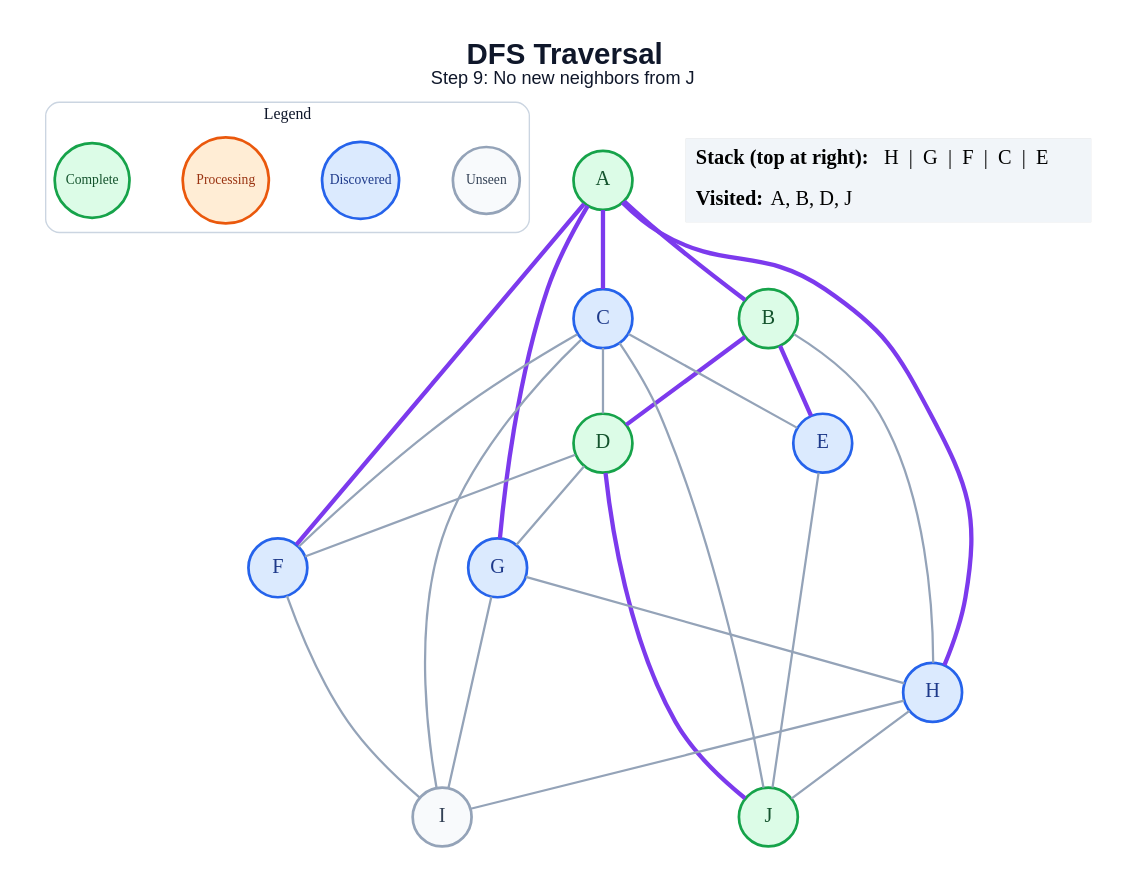
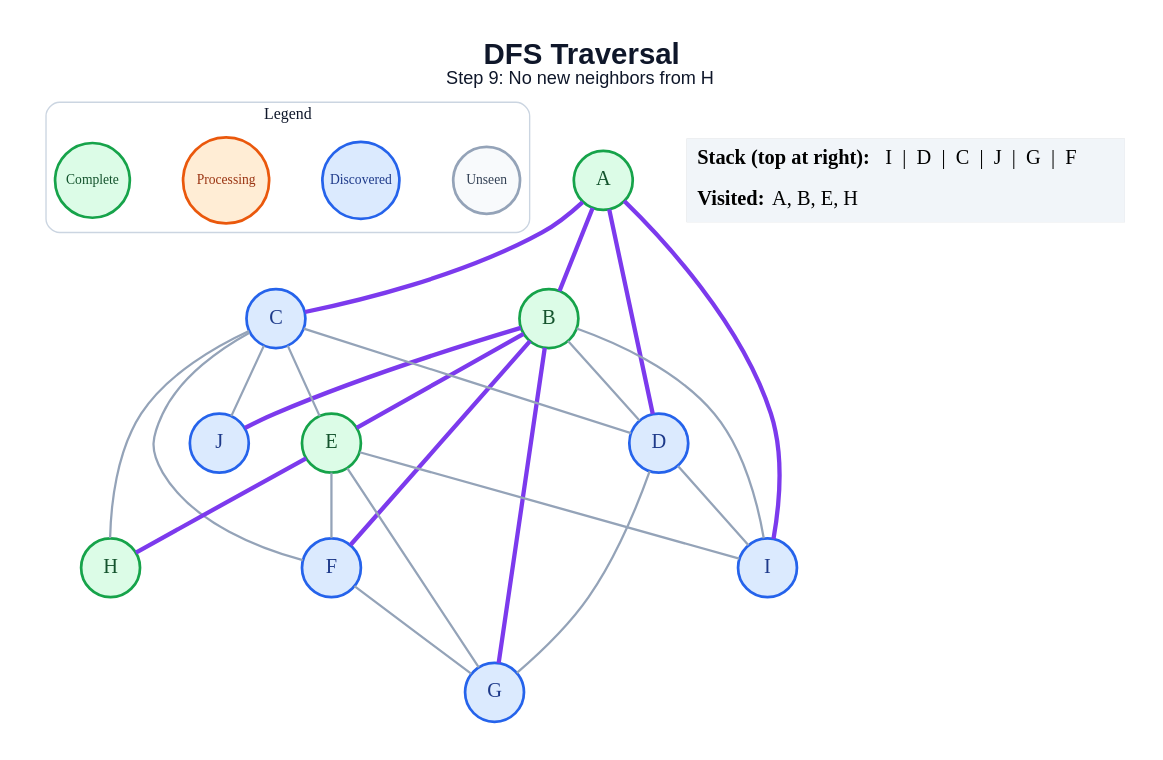
Before and after one commit to amanghodawala9/ai-slop: the diagram in generated/dfs/step_09.dot, drawn with Graphviz. The commit also changed 178 other files, not shown here.

```diff
--- a/generated/dfs/step_09.dot
+++ b/generated/dfs/step_09.dot
@@ -1,51 +1,51 @@
 graph traversal {
   graph [layout=dot, rankdir=TB, bgcolor="#FFFFFF", pad="0.35", nodesep="0.65", ranksep="0.8", fontname="Arial"];
   node [shape=circle, style="filled", fontname="Arial Bold", fontsize=18, width=0.72, fixedsize=true, penwidth=2.4];
   edge [color="#94A3B8", penwidth=2.0];
-  label=<<B>DFS Traversal</B><BR/><FONT POINT-SIZE="16">Step 9: No new neighbors from J</FONT>>; labelloc="t"; fontsize=26; fontname="Arial"; fontcolor="#0F172A";
+  label=<<B>DFS Traversal</B><BR/><FONT POINT-SIZE="16">Step 9: No new neighbors from H</FONT>>; labelloc="t"; fontsize=26; fontname="Arial"; fontcolor="#0F172A";
   subgraph cluster_legend { label="Legend"; color="#CBD5E1"; penwidth=1.2; style="rounded"; fontsize=14; fontname="Arial Bold";
     key_unseen [label="Unseen", fillcolor="#F8FAFC", color="#94A3B8", fontcolor="#334155", fontsize=12, width=0.82];
     key_frontier [label="Discovered", fillcolor="#DBEAFE", color="#2563EB", fontcolor="#1E3A8A", fontsize=12, width=0.95];
     key_current [label="Processing", fillcolor="#FFEDD5", color="#EA580C", fontcolor="#9A3412", fontsize=12, width=1.05];
     key_done [label="Complete", fillcolor="#DCFCE7", color="#16A34A", fontcolor="#14532D", fontsize=12, width=0.92];
     { rank=same; key_unseen; key_frontier; key_current; key_done; }
   }
   A [fillcolor="#DCFCE7", color="#16A34A", fontcolor="#14532D"];
   B [fillcolor="#DCFCE7", color="#16A34A", fontcolor="#14532D"];
   C [fillcolor="#DBEAFE", color="#2563EB", fontcolor="#1E3A8A"];
-  D [fillcolor="#DCFCE7", color="#16A34A", fontcolor="#14532D"];
-  E [fillcolor="#DBEAFE", color="#2563EB", fontcolor="#1E3A8A"];
+  D [fillcolor="#DBEAFE", color="#2563EB", fontcolor="#1E3A8A"];
+  E [fillcolor="#DCFCE7", color="#16A34A", fontcolor="#14532D"];
   F [fillcolor="#DBEAFE", color="#2563EB", fontcolor="#1E3A8A"];
   G [fillcolor="#DBEAFE", color="#2563EB", fontcolor="#1E3A8A"];
-  H [fillcolor="#DBEAFE", color="#2563EB", fontcolor="#1E3A8A"];
-  I [fillcolor="#F8FAFC", color="#94A3B8", fontcolor="#334155"];
-  J [fillcolor="#DCFCE7", color="#16A34A", fontcolor="#14532D"];
+  H [fillcolor="#DCFCE7", color="#16A34A", fontcolor="#14532D"];
+  I [fillcolor="#DBEAFE", color="#2563EB", fontcolor="#1E3A8A"];
+  J [fillcolor="#DBEAFE", color="#2563EB", fontcolor="#1E3A8A"];
   A -- B [color="#7C3AED", penwidth=3.8];
   A -- C [color="#7C3AED", penwidth=3.8];
-  A -- F [color="#7C3AED", penwidth=3.8];
-  A -- G [color="#7C3AED", penwidth=3.8];
-  A -- H [color="#7C3AED", penwidth=3.8];
-  B -- D [color="#7C3AED", penwidth=3.8];
+  A -- D [color="#7C3AED", penwidth=3.8];
+  A -- I [color="#7C3AED", penwidth=3.8];
+  B -- D;
   B -- E [color="#7C3AED", penwidth=3.8];
-  B -- H;
+  B -- F [color="#7C3AED", penwidth=3.8];
+  B -- G [color="#7C3AED", penwidth=3.8];
+  B -- I;
+  B -- J [color="#7C3AED", penwidth=3.8];
   C -- D;
   C -- E;
   C -- F;
-  C -- I;
+  C -- H;
   C -- J;
-  D -- F;
   D -- G;
-  D -- J [color="#7C3AED", penwidth=3.8];
-  E -- J;
-  F -- I;
-  G -- H;
-  G -- I;
-  H -- I;
-  H -- J;
+  D -- I;
+  E -- F;
+  E -- G;
+  E -- H [color="#7C3AED", penwidth=3.8];
+  E -- I;
+  F -- G;
   status [shape=plain, fixedsize=false, width=0, height=0, margin=0, label=<
     <TABLE BORDER="0" CELLBORDER="0" CELLPADDING="7" BGCOLOR="#F1F5F9">
-      <TR><TD ALIGN="LEFT"><B>Stack (top at right):</B> H  |  G  |  F  |  C  |  E</TD></TR>
-      <TR><TD ALIGN="LEFT"><B>Visited:</B> A, B, D, J</TD></TR>
+      <TR><TD ALIGN="LEFT"><B>Stack (top at right):</B> I  |  D  |  C  |  J  |  G  |  F</TD></TR>
+      <TR><TD ALIGN="LEFT"><B>Visited:</B> A, B, E, H</TD></TR>
     </TABLE>
   >];
 }
```
